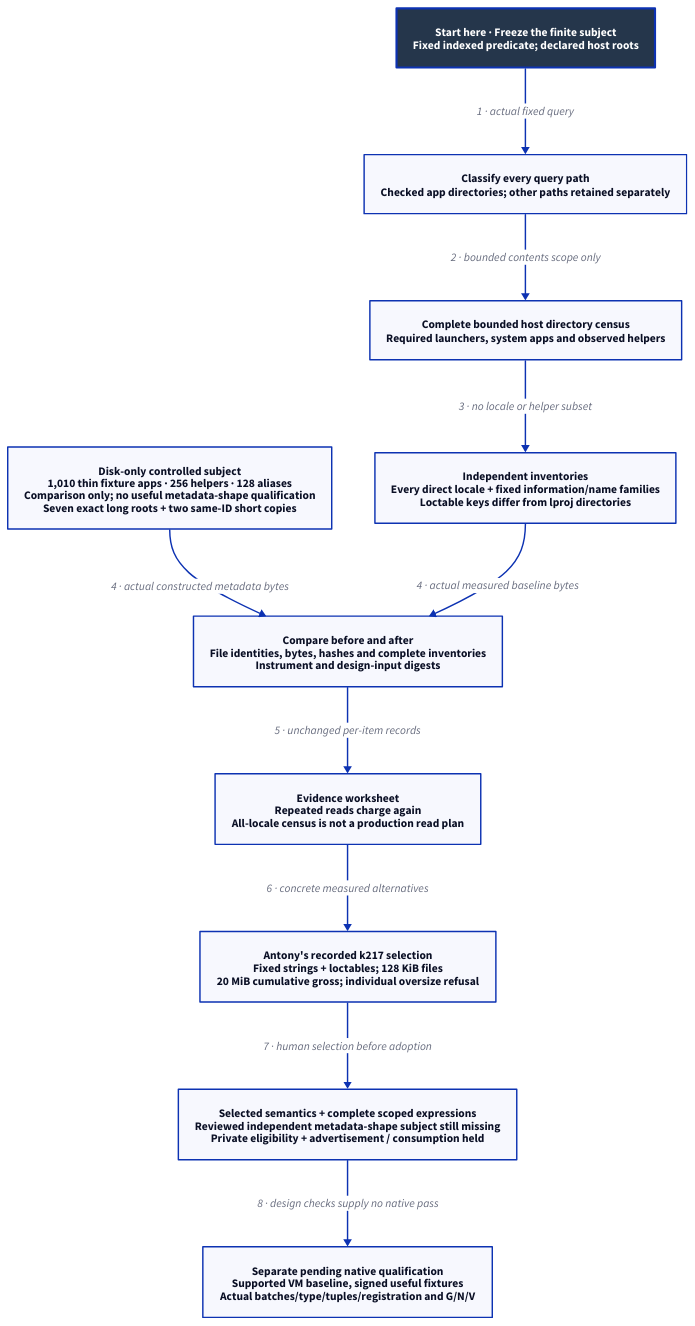
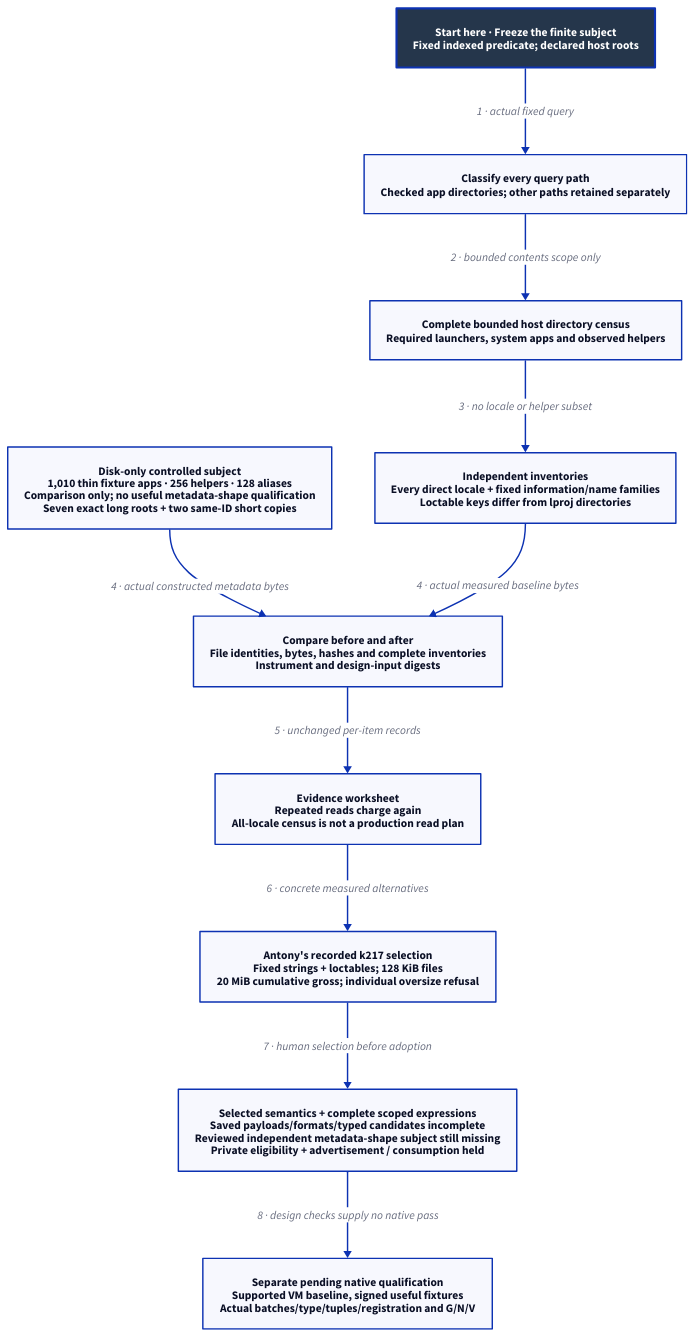
One commit to Linkuistics/Koine changed the diagram in docs/design/architecture/native-metadata-subject.d2. Above: the diagram before and after it, drawn with D2. The commit also changed 116 other files, not shown here.

Commit message:
Record the P1024 joint evidence insufficiency boundary (application-population-metadata-shape-k238)

```diff
--- a/docs/design/architecture/native-metadata-subject.d2
+++ b/docs/design/architecture/native-metadata-subject.d2
@@ -1,24 +1,24 @@
 # Historical design evidence and selected human contract; no native verdict.
 direction: down
 classes: {
   start: {style: {fill: "#25364B"; font-color: "#FFFFFF"; bold: true; stroke-width: 3}}
 }
 Start: "Start here · Freeze the finite subject\nFixed indexed predicate; declared host roots" {class: start}
 Classify: "Classify every query path\nChecked app directories; other paths retained separately"
 Baseline: "Complete bounded host directory census\nRequired launchers, system apps and observed helpers"
 Inventory: "Independent inventories\nEvery direct locale + fixed information/name families\nLoctable keys differ from lproj directories"
 Fixtures: "Disk-only controlled subject\n1,010 thin fixture apps · 256 helpers · 128 aliases\nComparison only; no useful metadata-shape qualification\nSeven exact long roots + two same-ID short copies"
 Freeze: "Compare before and after\nFile identities, bytes, hashes and complete inventories\nInstrument and design-input digests"
 Worksheet: "Evidence worksheet\nRepeated reads charge again\nAll-locale census is not a production read plan"
 Choice: "Antony's recorded k217 selection\nFixed strings + loctables; 128 KiB files\n20 MiB cumulative gross; individual oversize refusal"
-Design: "Selected semantics + complete scoped expressions\nReviewed independent metadata-shape subject still missing\nPrivate eligibility + advertisement / consumption held"
+Design: "Selected semantics + complete scoped expressions\nSaved payloads/formats/typed candidates incomplete\nReviewed independent metadata-shape subject still missing\nPrivate eligibility + advertisement / consumption held"
 Native: "Separate pending native qualification\nSupported VM baseline, signed useful fixtures\nActual batches/type/tuples/registration and G/N/V"
 Start -> Classify: "1 · actual fixed query"
 Classify -> Baseline: "2 · bounded contents scope only"
 Baseline -> Inventory: "3 · no locale or helper subset"
 Fixtures -> Freeze: "4 · actual constructed metadata bytes"
 Inventory -> Freeze: "4 · actual measured baseline bytes"
 Freeze -> Worksheet: "5 · unchanged per-item records"
 Worksheet -> Choice: "6 · concrete measured alternatives"
 Choice -> Design: "7 · human selection before adoption"
 Design -> Native: "8 · design checks supply no native pass"
```
